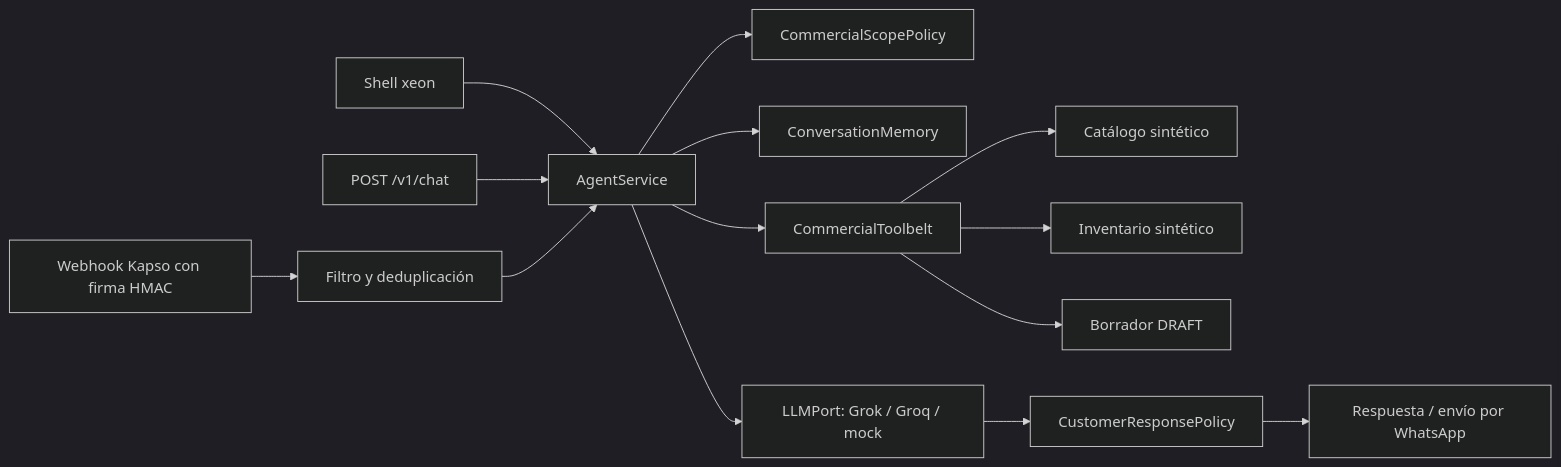
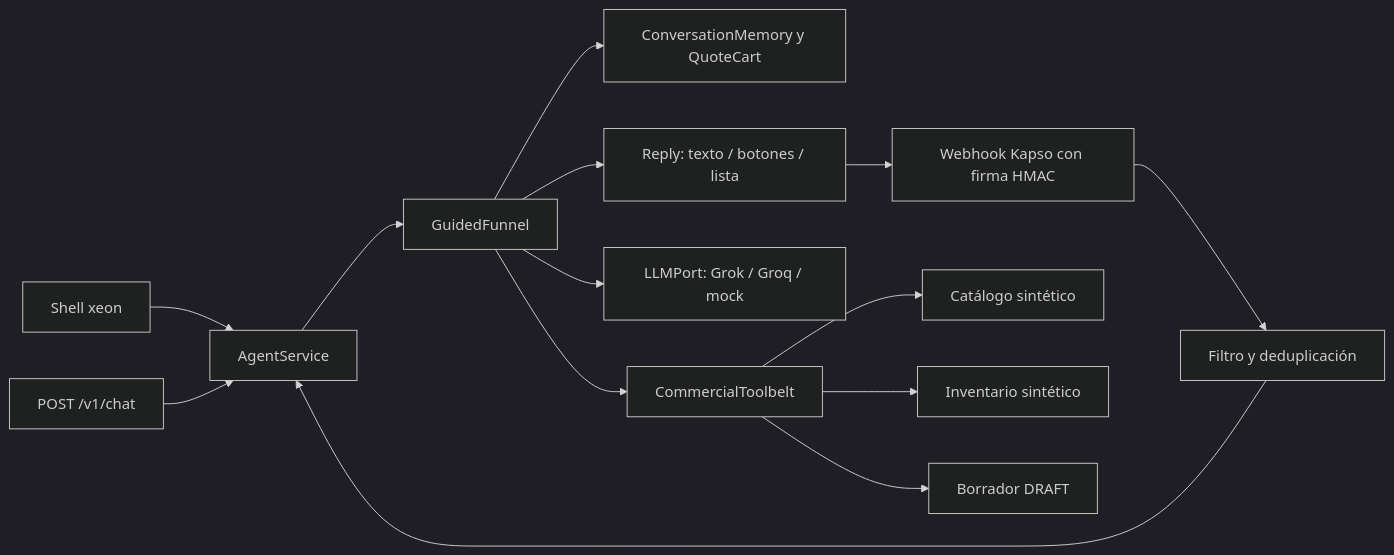
One commit to TuMinipeka/Xeon-agente-cotizaciones changed the diagram in README.md. Above: the diagram before and after it, drawn with Mermaid (dark theme). The commit also changed other lines of this file and 29 other files, not shown here.

Commit message:
Feat: :sparkles: UnifyGuidedConversationFlow

````diff
--- a/README.md
+++ b/README.md
@@ -112,15 +112,15 @@
 ```mermaid
 flowchart LR
     U[Shell xeon] --> S
     C[POST /v1/chat] --> S
     W[Webhook Kapso con firma HMAC] --> F[Filtro y deduplicación] --> S
-    S[AgentService] --> P[CommercialScopePolicy]
-    S --> M[ConversationMemory]
-    S --> T[CommercialToolbelt]
+    S[AgentService] --> P[GuidedFunnel]
+    P --> M[ConversationMemory y QuoteCart]
+    P --> T[CommercialToolbelt]
     T --> K[Catálogo sintético]
     T --> I[Inventario sintético]
     T --> Q[Borrador DRAFT]
-    S --> L[LLMPort: Grok / Groq / mock]
-    L --> R[CustomerResponsePolicy]
-    R --> O[Respuesta / envío por WhatsApp]
+    P --> L[LLMPort: Grok / Groq / mock]
+    P --> O[Reply: texto / botones / lista]
+    O --> W
 ```
````
